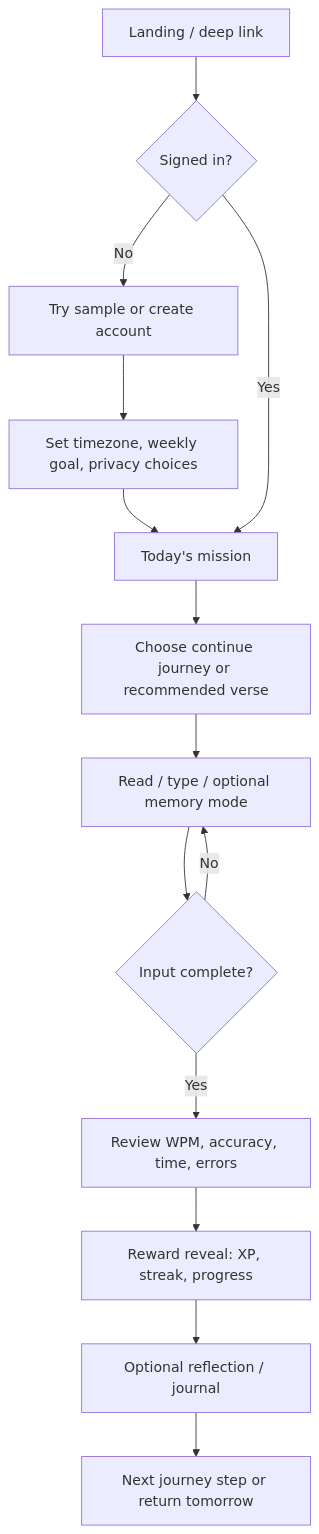
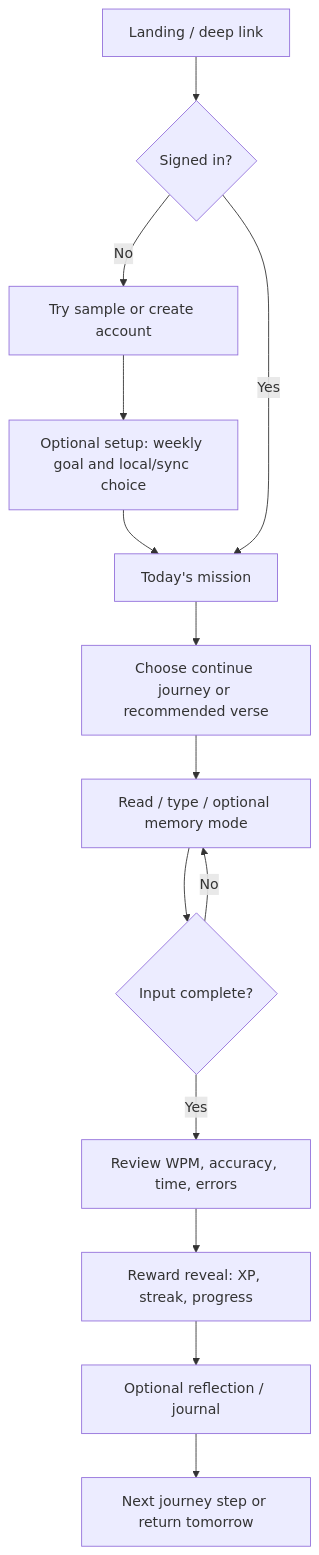
One commit to Tesfazion/ScriptType changed the diagram in docs/experience.md. Above: the diagram before and after it, drawn with Mermaid. The commit also changed other lines of this file and 22 other files, not shown here.

````diff
--- a/docs/experience.md
+++ b/docs/experience.md
@@ -5,16 +5,16 @@
 ```mermaid
 flowchart TD
   A[Landing / deep link] --> B{Signed in?}
   B -- No --> C[Try sample or create account]
-  C --> D[Set timezone, weekly goal, privacy choices]
+  C --> D[Optional setup: weekly goal and local/sync choice]
   D --> E[Today's mission]
   B -- Yes --> E
   E --> F[Choose continue journey or recommended verse]
   F --> G[Read / type / optional memory mode]
   G --> H{Input complete?}
   H -- No --> G
   H -- Yes --> I[Review WPM, accuracy, time, errors]
   I --> J[Reward reveal: XP, streak, progress]
   J --> K[Optional reflection / journal]
   K --> L[Next journey step or return tomorrow]
 ```
````
